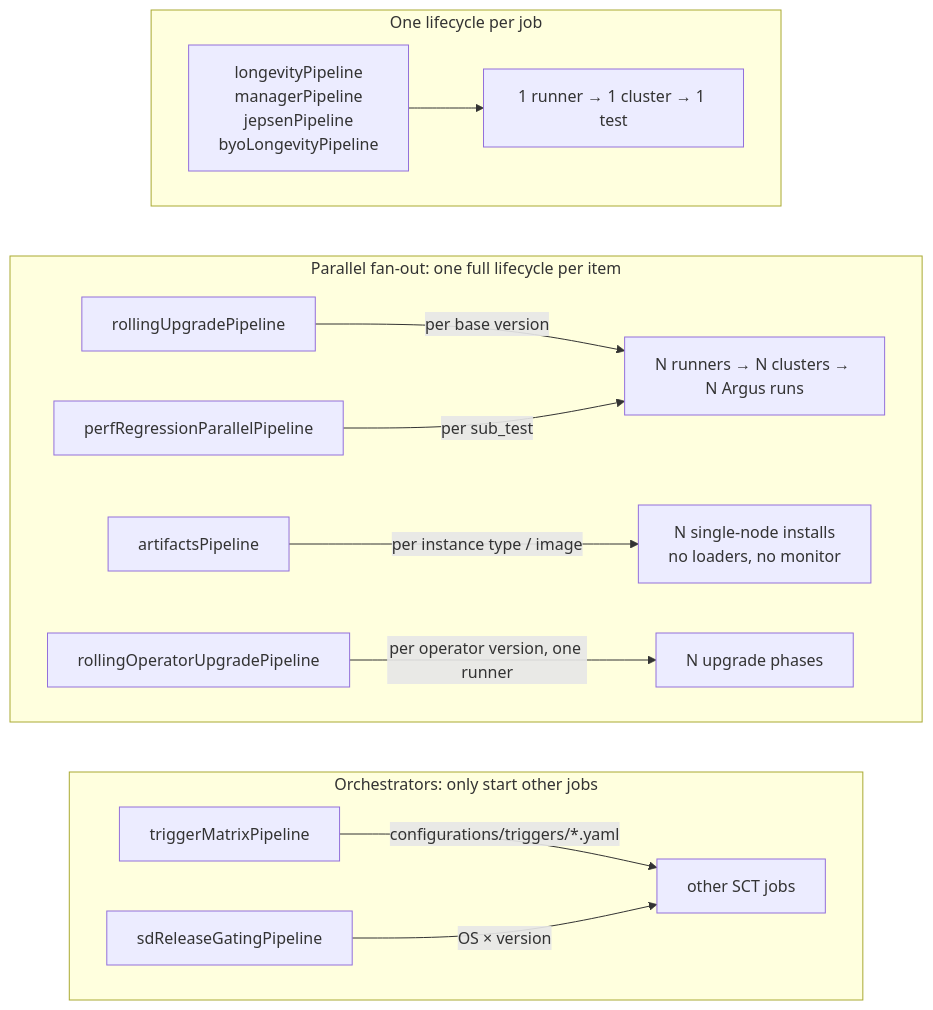
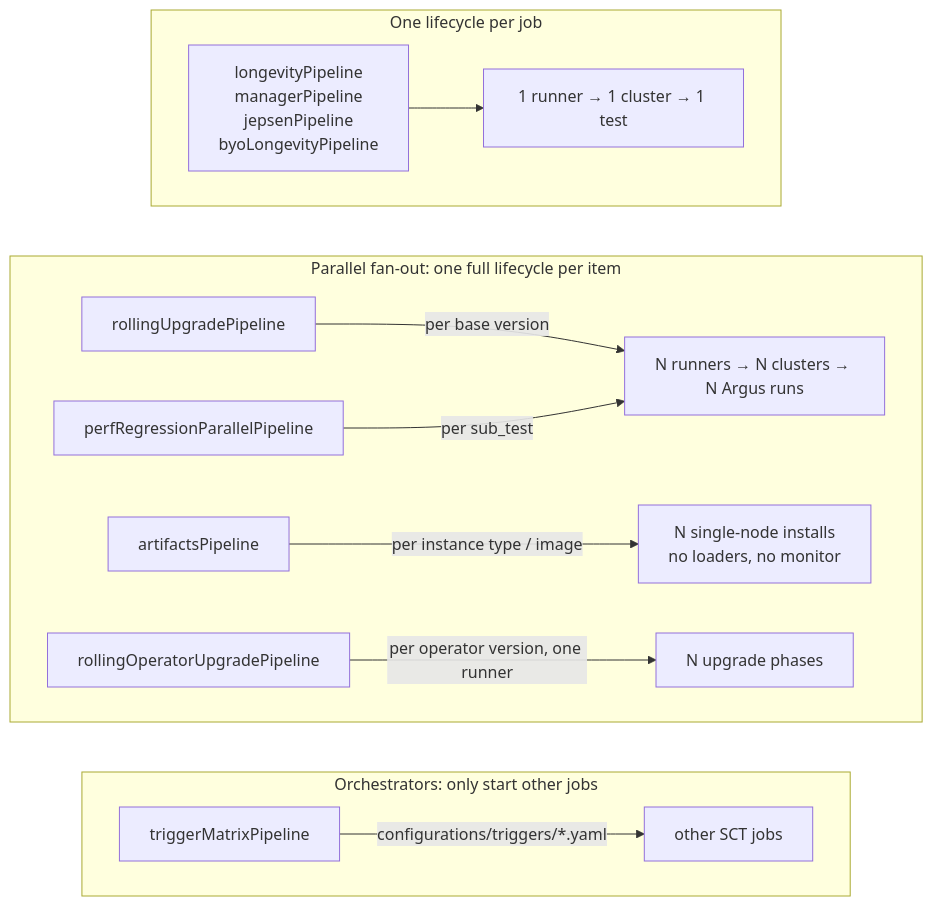
The third of 3 diagrams in docs/sct-pipelines.md (scylladb/scylla-cluster-tests), drawn with Mermaid before and after one commit. The commit also changed other lines of this file and 4 other files, not shown here.

First line of the commit message:
docs(scylla-doctor): document SD testing and the release gating trigger

````diff
--- a/docs/sct-pipelines.md
+++ b/docs/sct-pipelines.md
@@ -71,20 +71,19 @@
 ```mermaid
 flowchart TB
     subgraph single["One lifecycle per job"]
         direction LR
         L["longevityPipeline<br/>managerPipeline<br/>jepsenPipeline<br/>byoLongevityPipeline"] --> one["1 runner → 1 cluster → 1 test"]
     end
     subgraph fan["Parallel fan-out: one full lifecycle per item"]
         direction LR
         U["rollingUpgradePipeline"] -->|"per base version"| many["N runners → N clusters → N Argus runs"]
         P["perfRegressionParallelPipeline"] -->|"per sub_test"| many
         A["artifactsPipeline"] -->|"per instance type / image"| small["N single-node installs<br/>no loaders, no monitor"]
         O["rollingOperatorUpgradePipeline"] -->|"per operator version, one runner"| phases["N upgrade phases"]
     end
     subgraph orch["Orchestrators: only start other jobs"]
         direction LR
         T["triggerMatrixPipeline"] -->|"configurations/triggers/*.yaml"| jobs["other SCT jobs"]
-        S["sdReleaseGatingPipeline"] -->|"OS × version"| jobs
     end
     single ~~~ fan ~~~ orch
 ```
````
